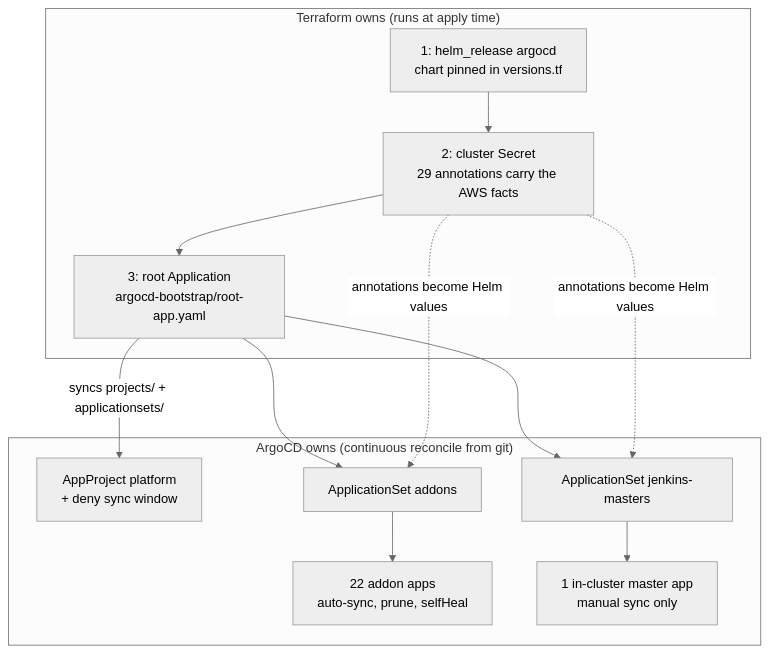
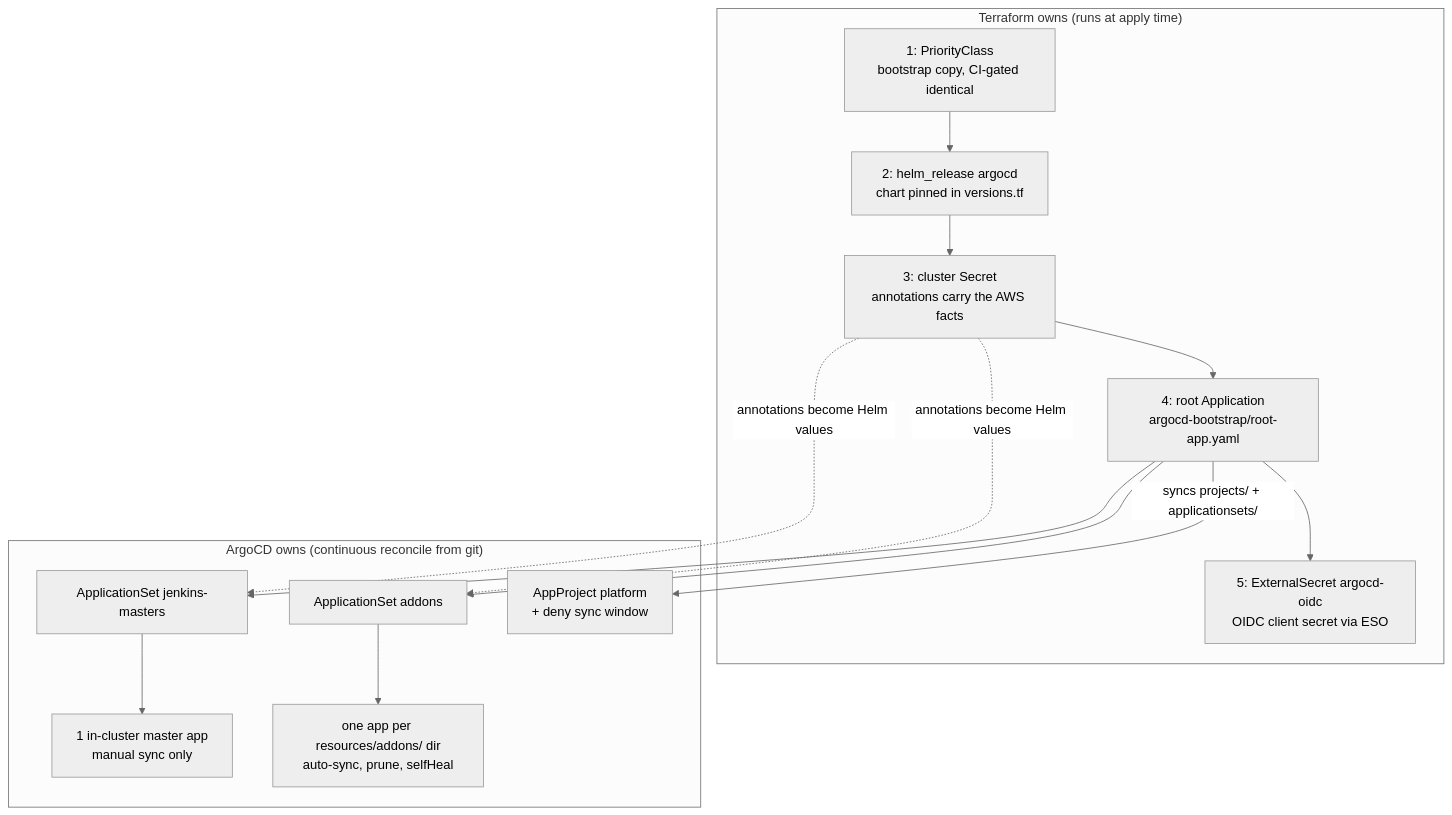
The first of 2 diagrams in docs/argocd-bootstrap.md (percona/percona-cd-platform), drawn with Mermaid (neutral theme) before and after one commit. The commit also changed other lines of this file and 5 other files, not shown here.

First line of the commit message:
fix(bootstrap): unblock fresh-cluster DR bootstrap of the ArgoCD chain

````diff
--- a/docs/argocd-bootstrap.md
+++ b/docs/argocd-bootstrap.md
@@ -37,25 +50,27 @@
 ```mermaid
 flowchart TB
     subgraph tf["Terraform owns (runs at apply time)"]
-        helm["1: helm_release argocd<br/>chart pinned in versions.tf"]
-        secret["2: cluster Secret<br/>29 annotations carry the AWS facts"]
-        root["3: root Application<br/>argocd-bootstrap/root-app.yaml"]
-        helm --> secret --> root
+        pc["1: PriorityClass<br/>bootstrap copy, CI-gated identical"]
+        helm["2: helm_release argocd<br/>chart pinned in versions.tf"]
+        secret["3: cluster Secret<br/>annotations carry the AWS facts"]
+        root["4: root Application<br/>argocd-bootstrap/root-app.yaml"]
+        es["5: ExternalSecret argocd-oidc<br/>OIDC client secret via ESO"]
+        pc --> helm --> secret --> root --> es
     end
 
     subgraph gitops["ArgoCD owns (continuous reconcile from git)"]
         proj["AppProject platform<br/>+ deny sync window"]
         as1["ApplicationSet addons"]
         as2["ApplicationSet jenkins-masters"]
-        apps1["22 addon apps<br/>auto-sync, prune, selfHeal"]
+        apps1["one app per resources/addons/ dir<br/>auto-sync, prune, selfHeal"]
         apps2["1 in-cluster master app<br/>manual sync only"]
         as1 --> apps1
         as2 --> apps2
     end
 
     root -- "syncs projects/ + applicationsets/" --> proj
     root --> as1
     root --> as2
     secret -. "annotations become Helm values" .-> as1
     secret -. "annotations become Helm values" .-> as2
 ```
````
